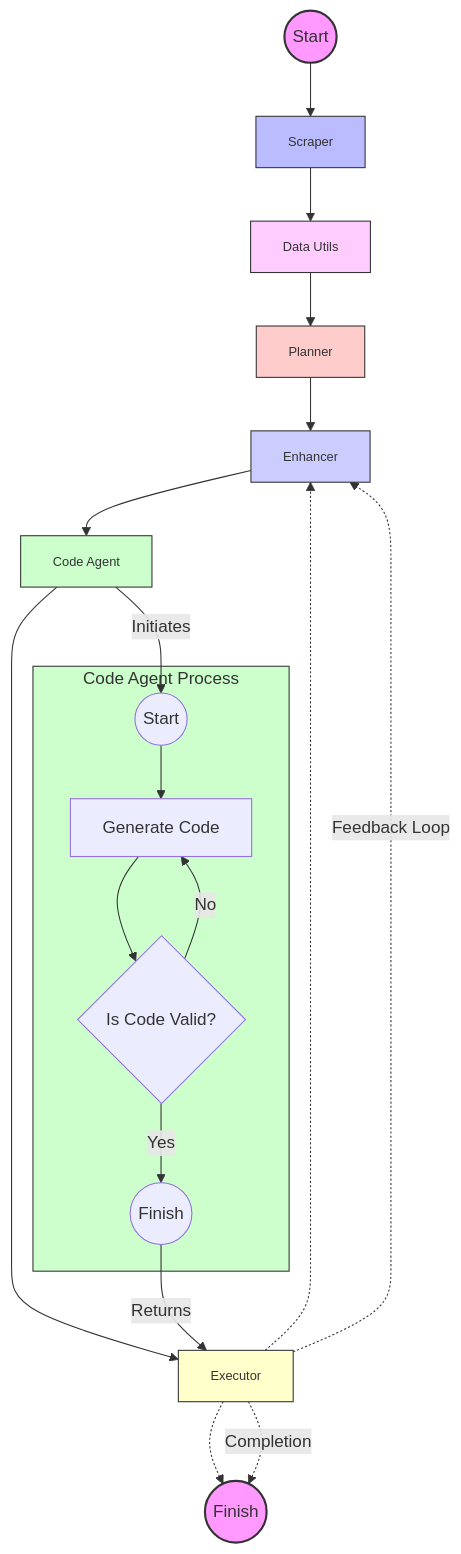
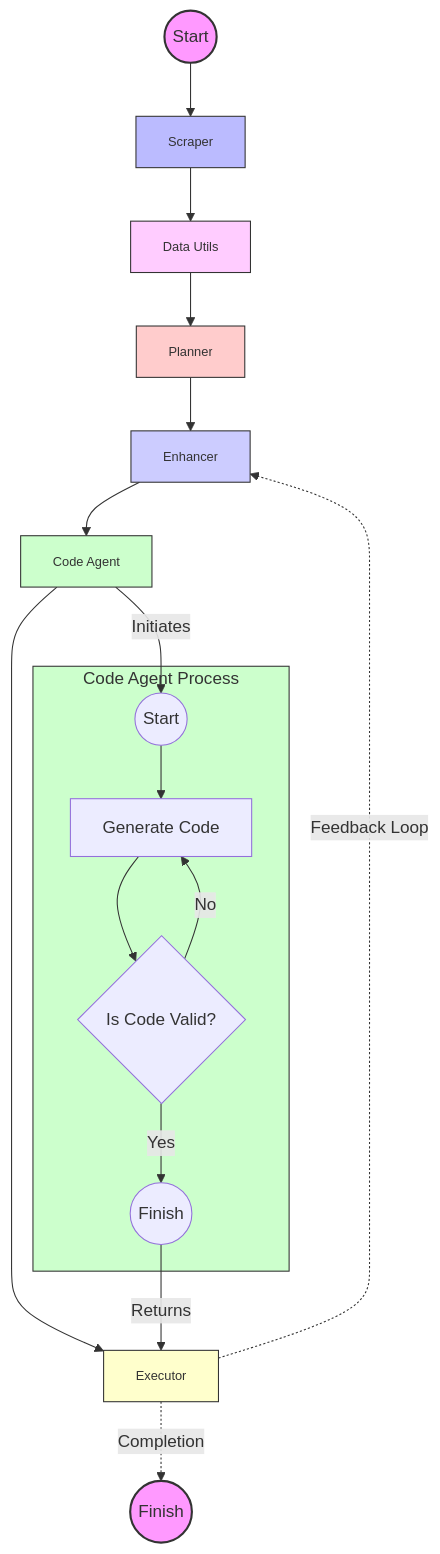
The diagram in README.md (MSNP1381/kaggle-Agent), drawn with Mermaid before and after one commit. The commit also changed other lines of this file and 2 other files, not shown here.

````diff
--- a/README.md
+++ b/README.md
@@ -37,47 +29,46 @@
 ```mermaid
 graph TB
     %% Define styles
     style A fill:#f9f,stroke:#333,stroke-width:2px
     style H fill:#f9f,stroke:#333,stroke-width:2px
     style B fill:#bbf,stroke:#333,stroke-width:1px
     style C fill:#cfc,stroke:#333,stroke-width:1px
     style D fill:#fcc,stroke:#333,stroke-width:1px
     style E fill:#ffc,stroke:#333,stroke-width:1px
     style F fill:#ccf,stroke:#333,stroke-width:1px
     style G fill:#fcf,stroke:#333,stroke-width:1px
 
     A((Start)) --> B[Scraper]
     B --> G[Data Utils]
     G --> D[Planner]
     D --> F[Enhancer]
     F --> C[Code Agent]
     C --> E[Executor]
-    E -.-> F
-    E -.-> H((Finish))
+    H((Finish))
 
     subgraph Code_Agent_Process [Code Agent Process]
         style Code_Agent_Process fill:#cfc,stroke:#333,stroke-width:1px
         I((Start))
         J[Generate Code]
         K{Is Code Valid?}
         L((Finish))
 
         I --> J
         J --> K
         K -- Yes --> L
         K -- No --> J
     end
 
     %% Link the main process to subgraph
     C -->|Initiates| I
     L -->|Returns| E
 
     %% Annotations
     classDef annotation fill:#fff,stroke:none,color:#333,font-size:12px;
     class B,G,D,F,C,E annotation;
 
     %% Annotating Feedback Loops
     E -. Feedback Loop .-> F
     E -. Completion .-> H
 
 ```
````
